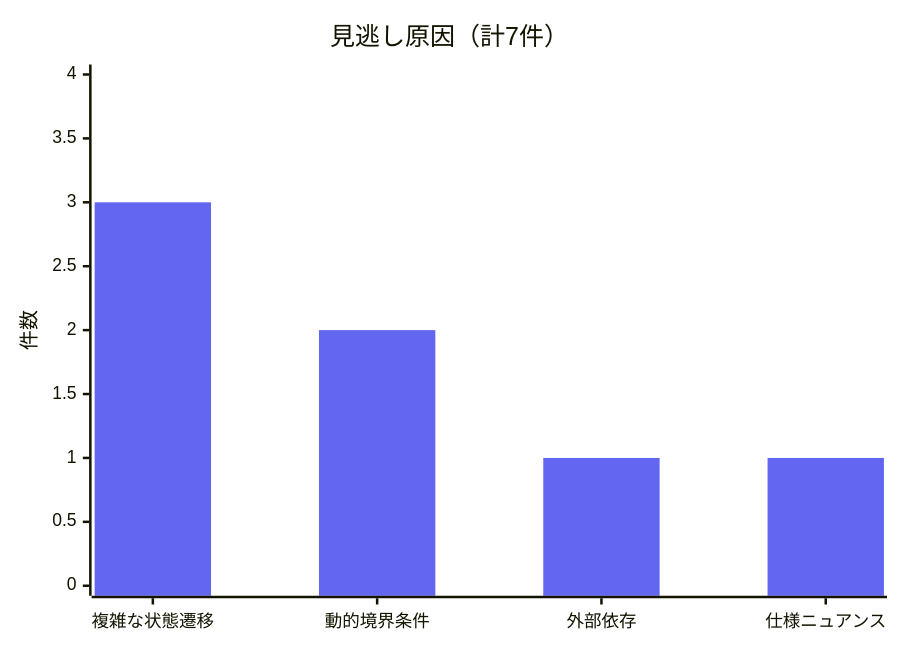
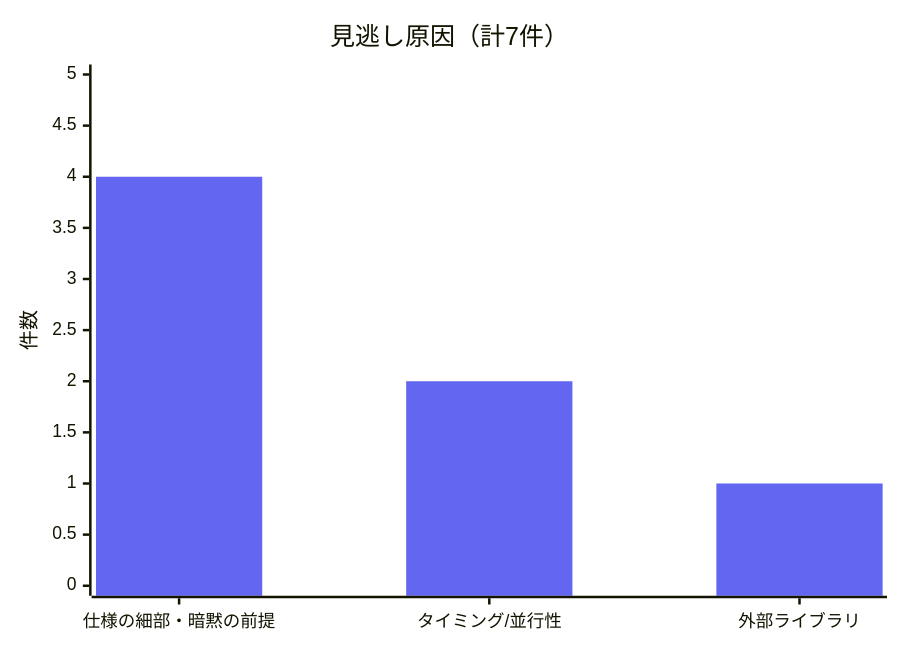
The diagram in slides/11-miss-cause-analysis.md (NyxFoundation/scis2026-security-agent-presentation), drawn with Mermaid before and after one commit. The commit also changed other lines of this file and 3 other files, not shown here.

````diff
--- a/slides/11-miss-cause-analysis.md
+++ b/slides/11-miss-cause-analysis.md
@@ -11,8 +11,8 @@
 ```mermaid
-%%{init: {"themeVariables": {"xyChart": {"plotColorPalette": "#6366f1, #8b5cf6, #a78bfa, #c4b5fd"}}}}%%
+%%{init: {"themeVariables": {"xyChart": {"plotColorPalette": "#6366f1, #8b5cf6, #a78bfa"}}}}%%
 xychart-beta vertical
     title "見逃し原因（計7件）"
-    x-axis ["複雑な状態遷移", "動的境界条件", "外部依存", "仕様ニュアンス"]
-    y-axis "件数" 0 --> 4
-    bar [3, 2, 1, 1]
+    x-axis ["仕様の細部・暗黙の前提", "タイミング/並行性", "外部ライブラリ"]
+    y-axis "件数" 0 --> 5
+    bar [4, 2, 1]
 ```
````
